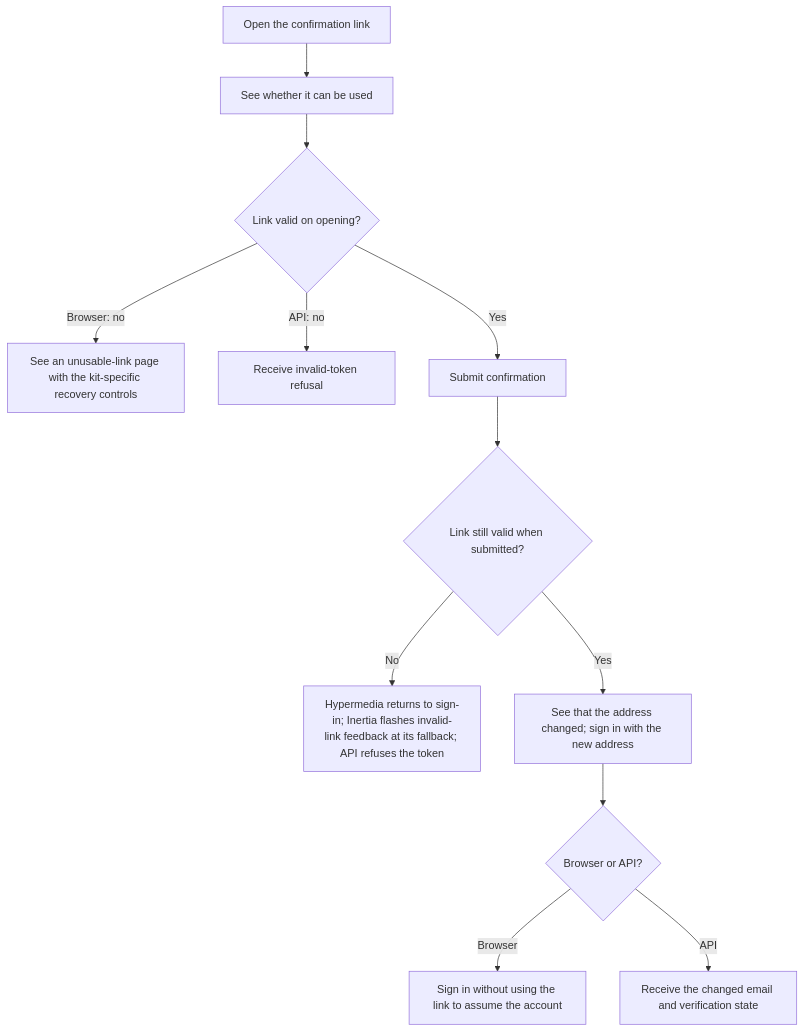
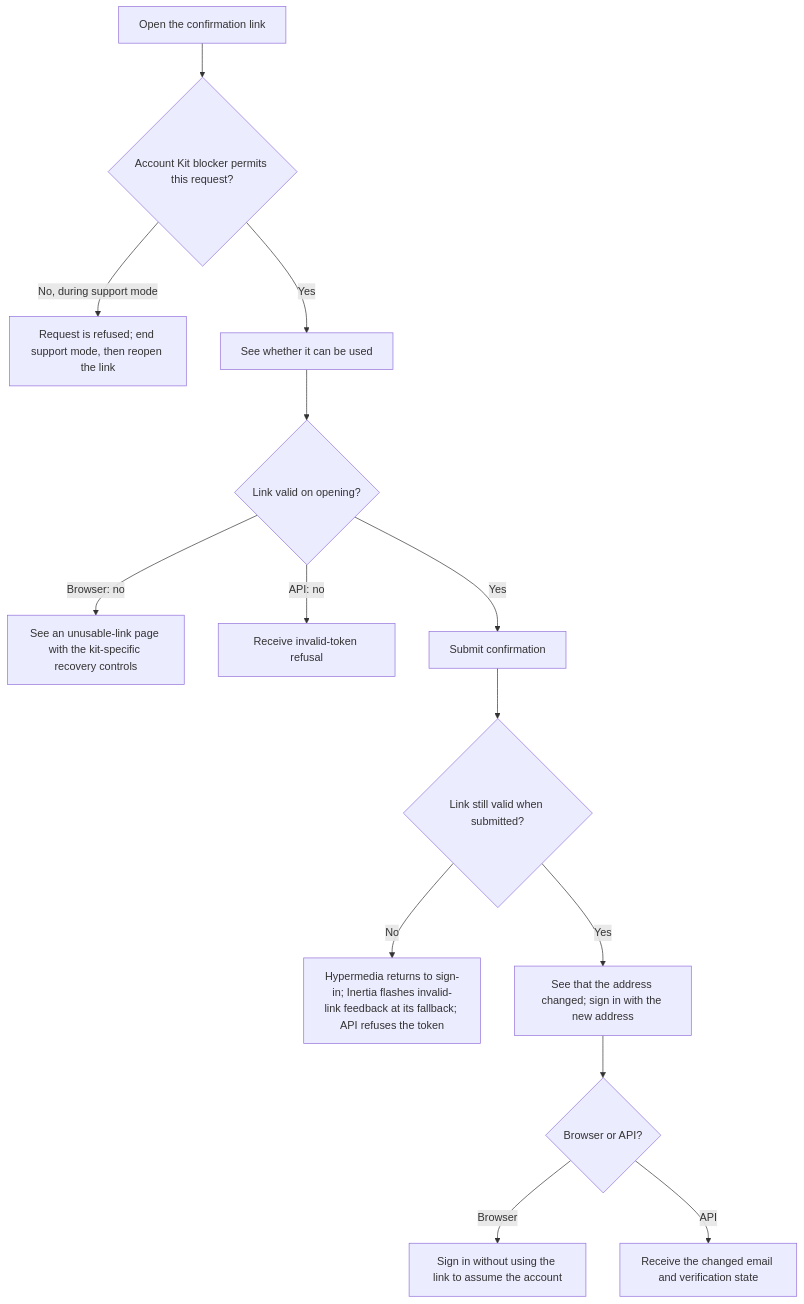
One commit to Kevinjohn/oss-adonisjs-starter-examples changed the first of 2 diagrams in user-stories/accounts/us-account-07-confirm-email-change.md. Above: the diagram before and after it, drawn with Mermaid. The commit also changed other lines of this file and 12 other files, not shown here.

````diff
--- a/user-stories/accounts/us-account-07-confirm-email-change.md
+++ b/user-stories/accounts/us-account-07-confirm-email-change.md
@@ -24,14 +24,16 @@
 ```mermaid
 flowchart TD
-    A["Open the confirmation link"] --> B["See whether it can be used"]
+    A["Open the confirmation link"] --> Z{"Account Kit blocker permits this request?"}
+    Z -->|No, during support mode| Z1["Request is refused; end support mode, then reopen the link"]
+    Z -->|Yes| B["See whether it can be used"]
     B --> C{"Link valid on opening?"}
     C -->|Browser: no| D["See an unusable-link page with the kit-specific recovery controls"]
     C -->|API: no| L["Receive invalid-token refusal"]
     C -->|Yes| E["Submit confirmation"]
     E --> F{"Link still valid when submitted?"}
     F -->|No| G["Hypermedia returns to sign-in; Inertia flashes invalid-link feedback at its fallback; API refuses the token"]
     F -->|Yes| H["See that the address changed; sign in with the new address"]
     H --> I{"Browser or API?"}
     I -->|Browser| J["Sign in without using the link to assume the account"]
     I -->|API| K["Receive the changed email and verification state"]
 ```
````
